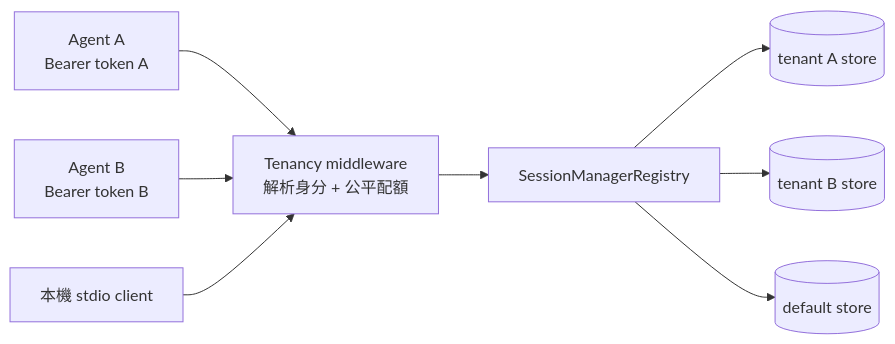
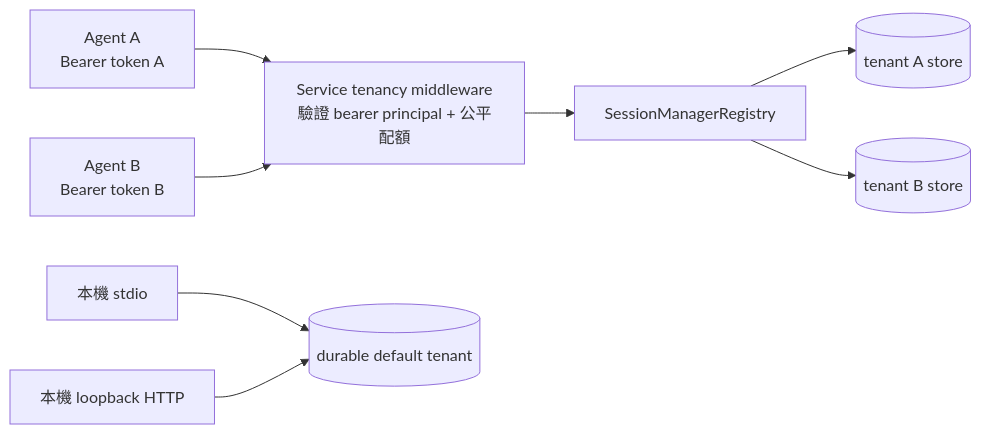
The sixth of 12 diagrams in ARCHITECTURE.md (u9401066/pubmed-search-mcp), drawn with Mermaid before and after one commit. The commit also changed other lines of this file and 27 other files, not shown here.

````diff
--- a/ARCHITECTURE.md
+++ b/ARCHITECTURE.md
@@ -302,19 +312,20 @@
 ```mermaid
 flowchart LR
   A1[Agent A<br/>Bearer token A]
   A2[Agent B<br/>Bearer token B]
-  A3[本機 stdio client]
-  MW[Tenancy middleware<br/>解析身分 + 公平配額]
+  Stdio[本機 stdio]
+  LocalHTTP[本機 loopback HTTP]
+  MW[Service tenancy middleware<br/>驗證 bearer principal + 公平配額]
   REG[SessionManagerRegistry]
   SA[(tenant A store)]
   SB[(tenant B store)]
-  SD[(default store)]
+  SD[(durable default tenant)]
 
   A1 --> MW
   A2 --> MW
-  A3 --> MW
+  Stdio --> SD
+  LocalHTTP --> SD
   MW --> REG
   REG --> SA
   REG --> SB
-  REG --> SD
 ```
````
